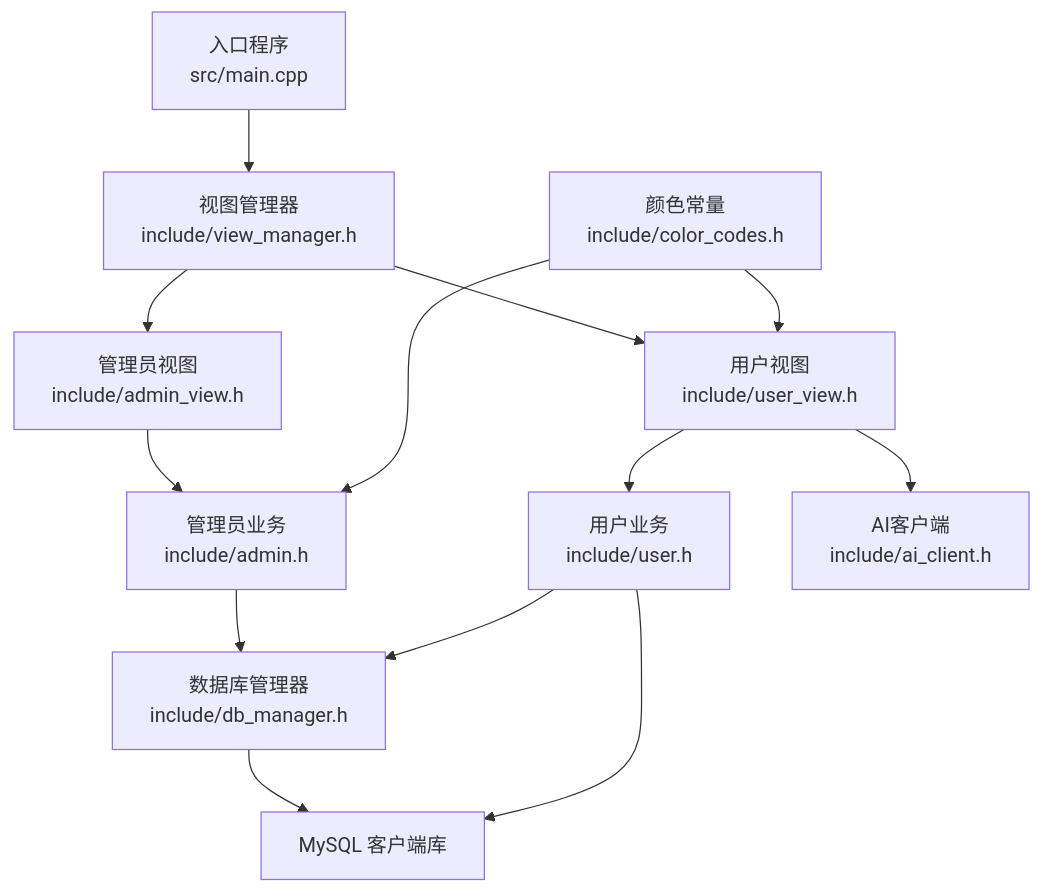
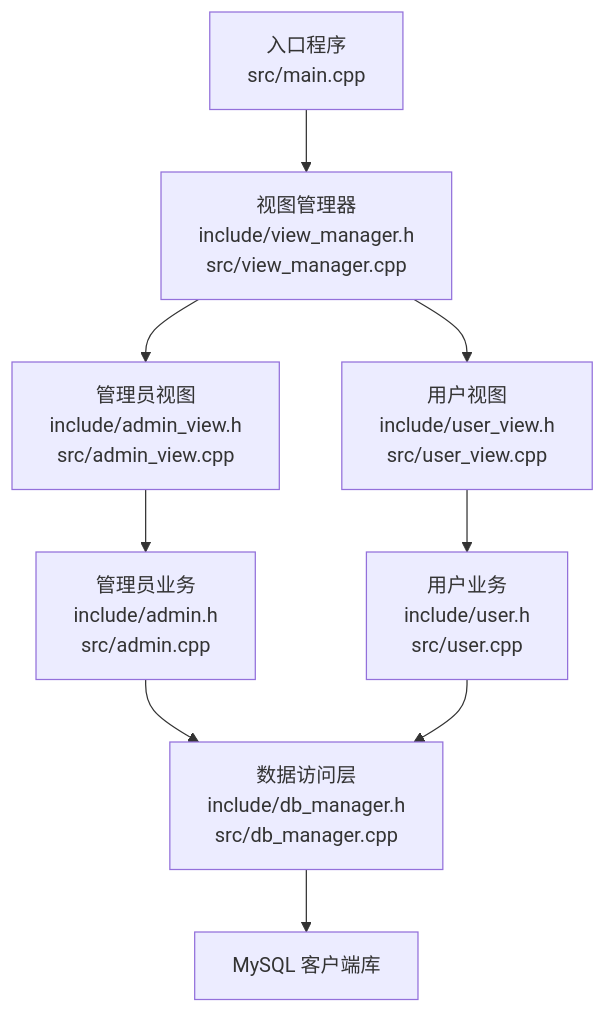
The first of 8 diagrams in .qoder/repowiki/zh/content/核心模块详解/核心模块详解.md (jinpeng900/OJ-Test), drawn with Mermaid before and after one commit. The commit also changed other lines of this file and 147 other files, not shown here.

````diff
--- a/.qoder/repowiki/zh/content/核心模块详解/核心模块详解.md
+++ b/.qoder/repowiki/zh/content/核心模块详解/核心模块详解.md
@@ -45,15 +51,11 @@
 ```mermaid
 graph TB
-A["入口程序<br/>src/main.cpp"] --> B["视图管理器<br/>include/view_manager.h"]
-B --> C["管理员视图<br/>include/admin_view.h"]
-B --> D["用户视图<br/>include/user_view.h"]
-C --> E["管理员业务<br/>include/admin.h"]
-D --> F["用户业务<br/>include/user.h"]
-E --> G["数据库管理器<br/>include/db_manager.h"]
+A["入口程序<br/>src/main.cpp"] --> B["视图管理器<br/>include/view_manager.h<br/>src/view_manager.cpp"]
+B --> C["管理员视图<br/>include/admin_view.h<br/>src/admin_view.cpp"]
+B --> D["用户视图<br/>include/user_view.h<br/>src/user_view.cpp"]
+C --> E["管理员业务<br/>include/admin.h<br/>src/admin.cpp"]
+D --> F["用户业务<br/>include/user.h<br/>src/user.cpp"]
+E --> G["数据访问层<br/>include/db_manager.h<br/>src/db_manager.cpp"]
 F --> G
-D --> H["AI客户端<br/>include/ai_client.h"]
-G --> I["MySQL 客户端库"]
-F --> I
-J["颜色常量<br/>include/color_codes.h"] --> D
-J --> E
+G --> H["MySQL 客户端库"]
 ```
````
